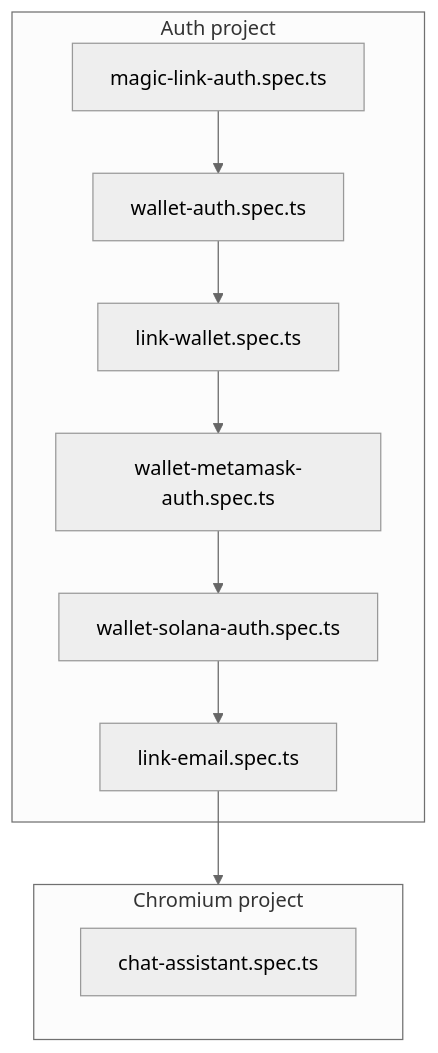
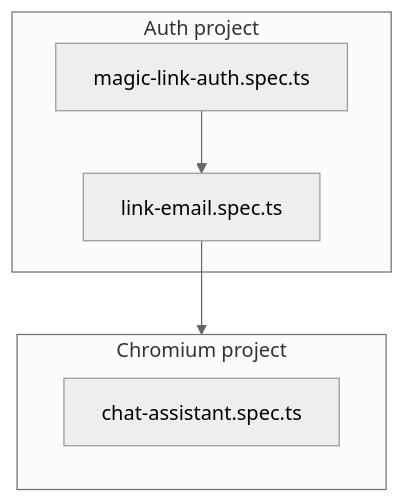
One commit to blockmatic/basilic changed the diagram in apps/docu/content/docs/testing/e2e-testing.mdx. Above: the diagram before and after it, drawn with Mermaid (neutral theme). The commit also changed other lines of this file and 86 other files, not shown here.

Commit message:
refactor(next): cleanup app, remove wallet flow and unit test infra

````diff
--- a/apps/docu/content/docs/testing/e2e-testing.mdx
+++ b/apps/docu/content/docs/testing/e2e-testing.mdx
@@ -103,17 +99,13 @@
 ```mermaid
 flowchart TB
   subgraph AuthProj [Auth project]
     MagicLinkAuth[magic-link-auth.spec.ts]
-    WalletAuth[wallet-auth.spec.ts]
-    LinkWallet[link-wallet.spec.ts]
-    WalletMetaMask[wallet-metamask-auth.spec.ts]
-    WalletSolana[wallet-solana-auth.spec.ts]
     LinkEmail[link-email.spec.ts]
   end
 
   subgraph ChromiumProj [Chromium project]
     ChatAssistant[chat-assistant.spec.ts]
   end
 
-  MagicLinkAuth --> WalletAuth --> LinkWallet --> WalletMetaMask --> WalletSolana --> LinkEmail --> ChromiumProj
+  MagicLinkAuth --> LinkEmail --> ChromiumProj
 ```
````
